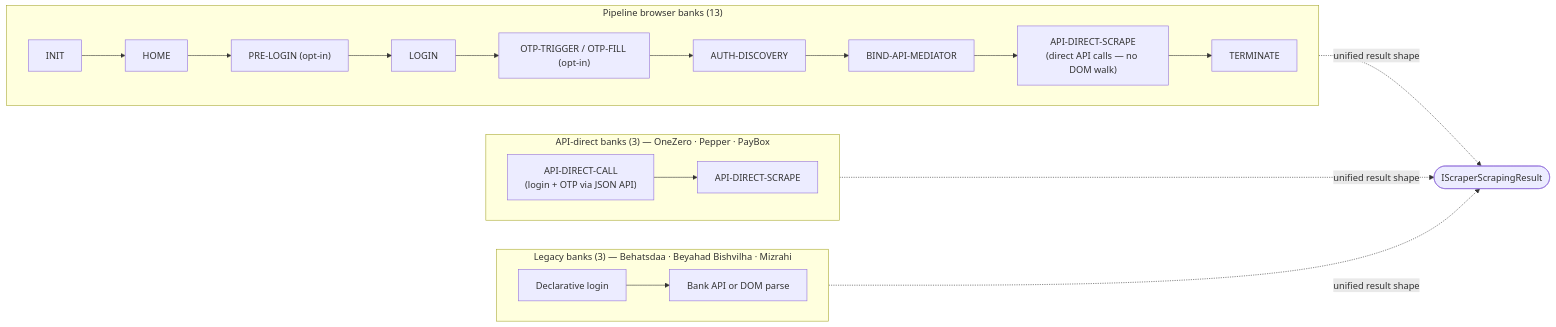
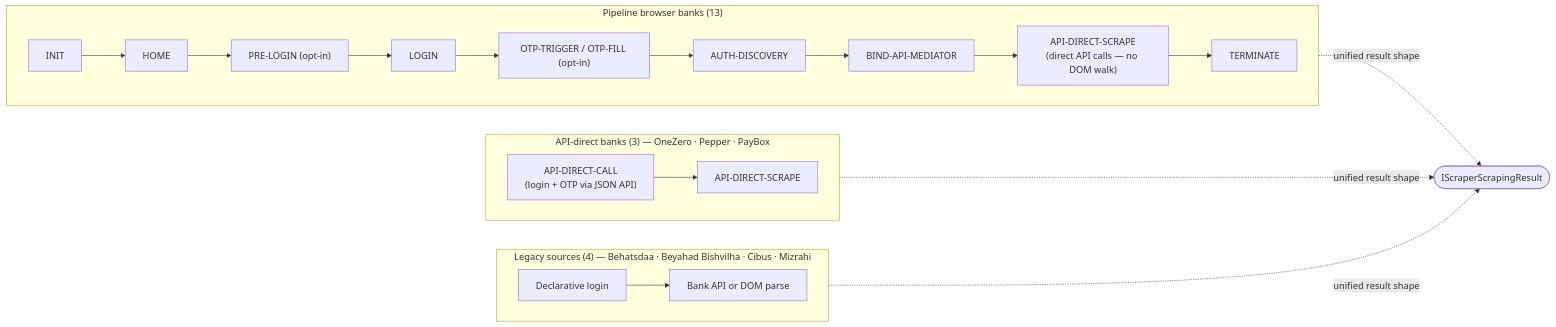
One commit to danielbenzvi/israeli-bank-scrapers changed the diagram in README.md. Above: the diagram before and after it, drawn with Mermaid. The commit also changed other lines of this file and 13 other files, not shown here.

````diff
--- a/README.md
+++ b/README.md
@@ -318,27 +323,27 @@
 ```mermaid
 flowchart LR
     subgraph BB["Pipeline browser banks (13)"]
       direction LR
       INIT --> HOME --> PRELOGIN["PRE-LOGIN (opt-in)"]
       PRELOGIN --> LOGIN
       LOGIN --> OTP["OTP-TRIGGER / OTP-FILL (opt-in)"]
       OTP --> AUTH["AUTH-DISCOVERY"]
       AUTH --> BIND["BIND-API-MEDIATOR"]
       BIND --> SCRAPE["API-DIRECT-SCRAPE<br/>(direct API calls — no DOM walk)"]
       SCRAPE --> TERM["TERMINATE"]
     end
 
     subgraph API["API-direct banks (3) — OneZero · Pepper · PayBox"]
       direction LR
       CALL["API-DIRECT-CALL<br/>(login + OTP via JSON API)"] --> SCR["API-DIRECT-SCRAPE"]
     end
 
-    subgraph LEG["Legacy banks (3) — Behatsdaa · Beyahad Bishvilha · Mizrahi"]
+    subgraph LEG["Legacy sources (4) — Behatsdaa · Beyahad Bishvilha · Cibus · Mizrahi"]
       direction LR
       LLOGIN["Declarative login"] --> LFETCH["Bank API or DOM parse"]
     end
 
     BB -.->|"unified result shape"| RESULT(["IScraperScrapingResult"])
     API -.->|"unified result shape"| RESULT
     LEG -.->|"unified result shape"| RESULT
 ```
````
